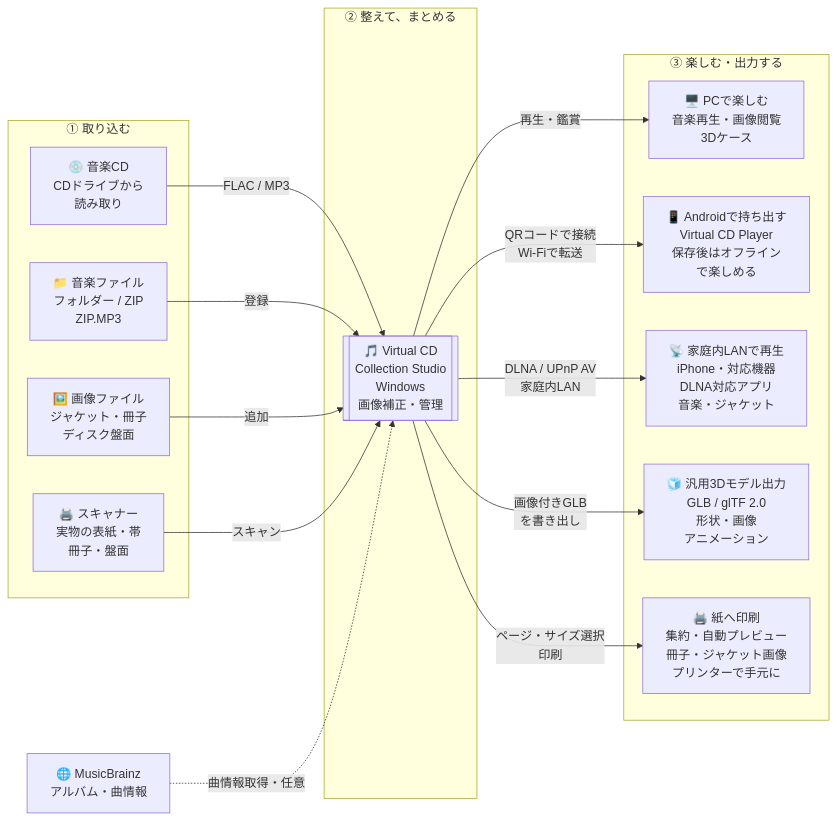
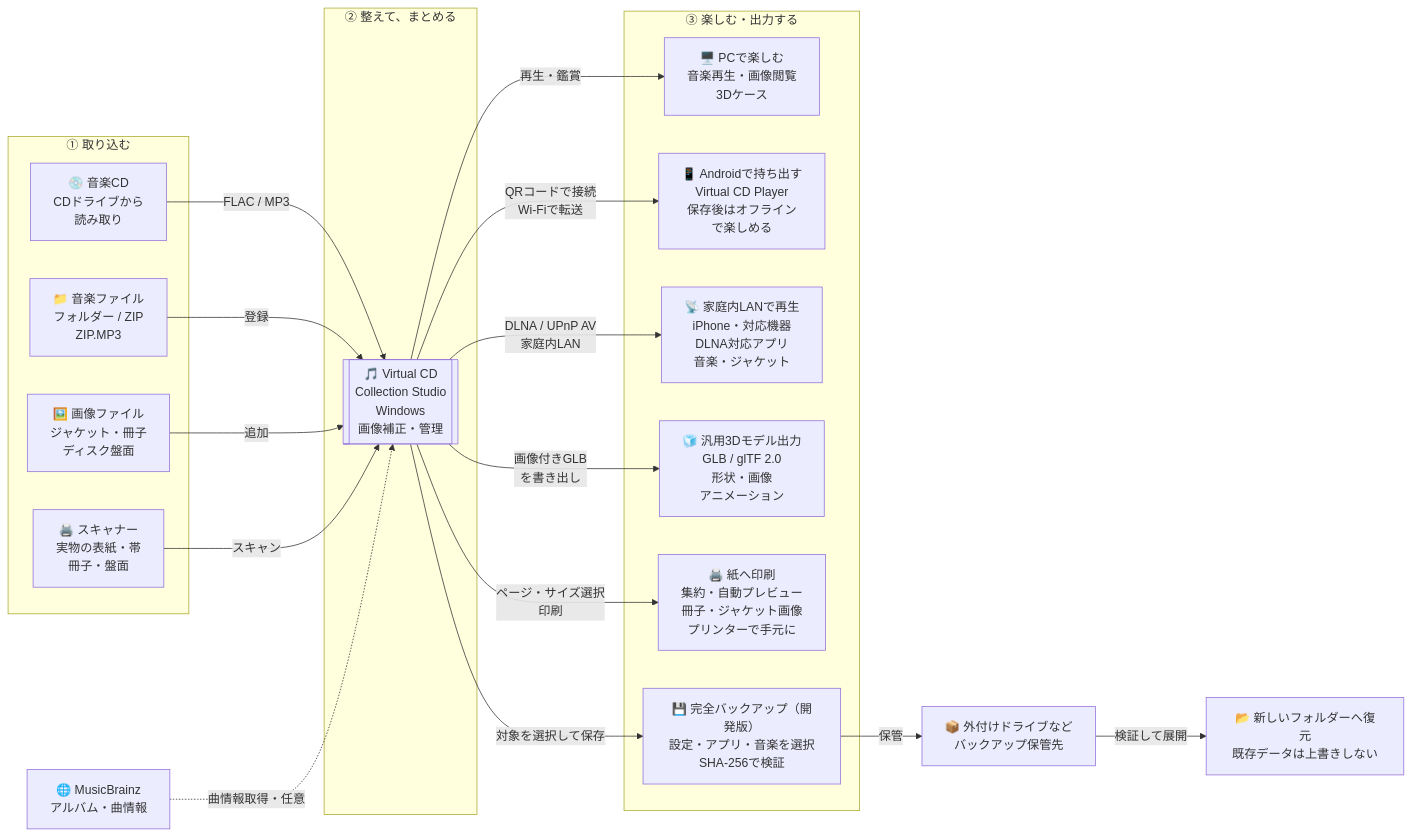
The diagram in docs/INTEGRATION_OVERVIEW.md (kksszz/virtual-cd-collection-studio), drawn with Mermaid before and after one commit. The commit also changed other lines of this file and 16 other files, not shown here.

````diff
--- a/docs/INTEGRATION_OVERVIEW.md
+++ b/docs/INTEGRATION_OVERVIEW.md
@@ -16,33 +16,40 @@
 ```mermaid
 flowchart LR
     subgraph INPUT["① 取り込む"]
         CD["💿 音楽CD<br/>CDドライブから<br/>読み取り"]
         MUSIC["📁 音楽ファイル<br/>フォルダー / ZIP<br/>ZIP.MP3"]
         IMAGE["🖼️ 画像ファイル<br/>ジャケット・冊子<br/>ディスク盤面"]
         SCANNER["🖨️ スキャナー<br/>実物の表紙・帯<br/>冊子・盤面"]
     end
 
     subgraph LIBRARY["② 整えて、まとめる"]
         APP[["🎵 Virtual CD<br/>Collection Studio<br/>Windows<br/>画像補正・管理"]]
     end
 
     subgraph ENJOY["③ 楽しむ・出力する"]
         PC["🖥️ PCで楽しむ<br/>音楽再生・画像閲覧<br/>3Dケース"]
         PHONE["📱 Androidで持ち出す<br/>Virtual CD Player<br/>保存後はオフライン<br/>で楽しめる"]
         DLNA["📡 家庭内LANで再生<br/>iPhone・対応機器<br/>DLNA対応アプリ<br/>音楽・ジャケット"]
         MODEL["🧊 汎用3Dモデル出力<br/>GLB / glTF 2.0<br/>形状・画像<br/>アニメーション"]
         PRINT["🖨️ 紙へ印刷<br/>集約・自動プレビュー<br/>冊子・ジャケット画像<br/>プリンターで手元に"]
+        BACKUP["💾 完全バックアップ（開発版）<br/>設定・アプリ・音楽を選択<br/>SHA-256で検証"]
     end
+
+    STORE["📦 外付けドライブなど<br/>バックアップ保管先"]
+    RECOVER["📂 新しいフォルダーへ復元<br/>既存データは上書きしない"]
 
     META["🌐 MusicBrainz<br/>アルバム・曲情報"]
     CD -->|"FLAC / MP3"| APP
     MUSIC -->|"登録"| APP
     IMAGE -->|"追加"| APP
     SCANNER -->|"スキャン"| APP
     META -.->|"曲情報取得・任意"| APP
     APP -->|"再生・鑑賞"| PC
     APP -->|"QRコードで接続<br/>Wi-Fiで転送"| PHONE
     APP -->|"DLNA / UPnP AV<br/>家庭内LAN"| DLNA
     APP -->|"画像付きGLB<br/>を書き出し"| MODEL
     APP -->|"ページ・サイズ選択<br/>印刷"| PRINT
+    APP -->|"対象を選択して保存"| BACKUP
+    BACKUP -->|"保管"| STORE
+    STORE -->|"検証して展開"| RECOVER
 ```
````
